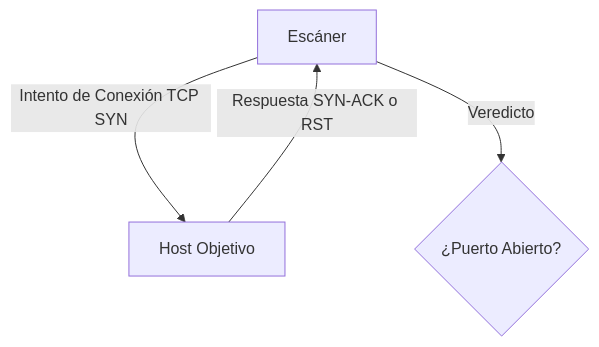
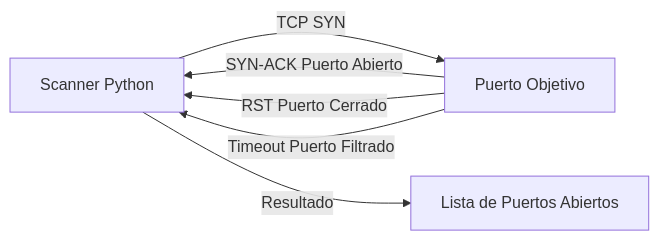
The diagram in wiki/Port-Scanner.md (lucasmdg/CIBER), drawn with Mermaid before and after one commit. The commit also changed other lines of this file and 6 other files, not shown here.

````diff
--- a/wiki/Port-Scanner.md
+++ b/wiki/Port-Scanner.md
@@ -9,6 +15,8 @@
 ```mermaid
-graph TD
-    A[Escáner] -->|Intento de Conexión TCP SYN| B[Host Objetivo]
-    B -->|Respuesta SYN-ACK o RST| A
-    A -->|Veredicto| C{¿Puerto Abierto?}
+graph LR
+    A[Scanner Python] -->|TCP SYN| B[Puerto Objetivo]
+    B -->|SYN-ACK Puerto Abierto| A
+    B -->|RST Puerto Cerrado| A
+    B -->|Timeout Puerto Filtrado| A
+    A -->|Resultado| C[Lista de Puertos Abiertos]
 ```
````
